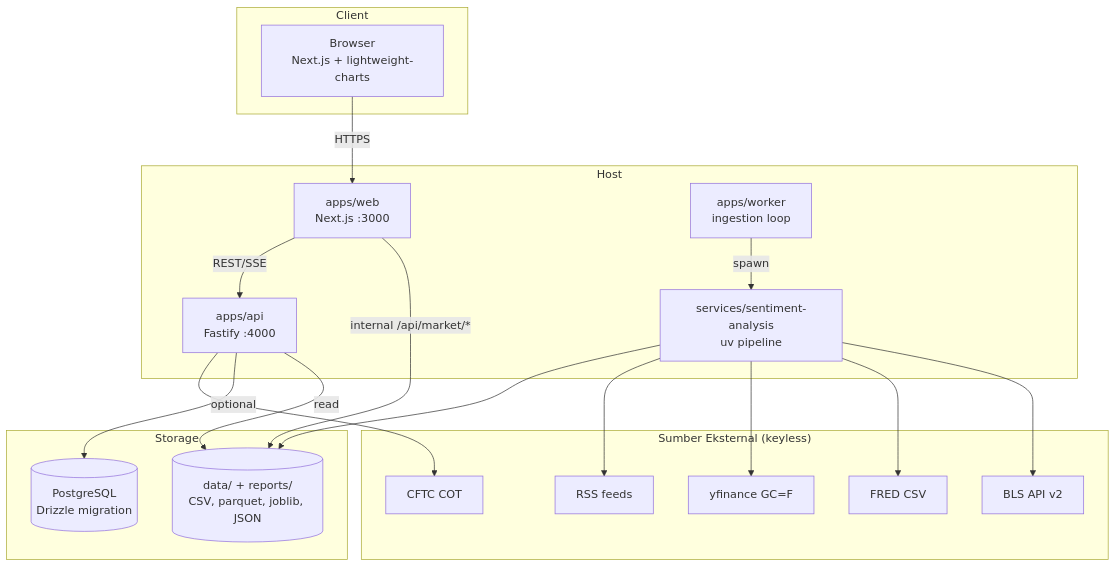
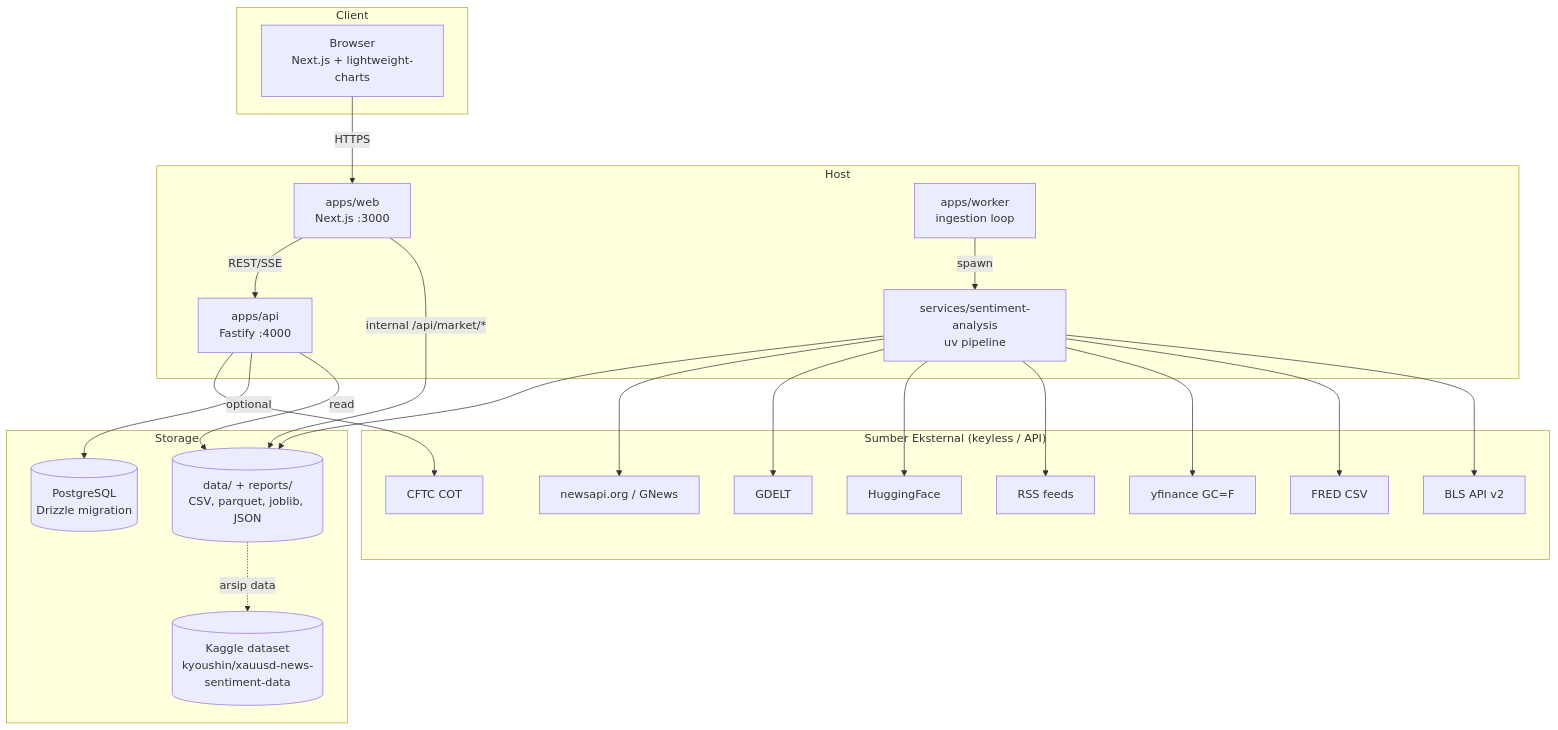
Before and after one commit to fiyanz/xauusd-news-sentiment: the third of 4 diagrams in docs/ARCHITECTURE.md, drawn with Mermaid. The commit also changed other lines of this file and 1 other file, not shown here.

````diff
--- a/docs/ARCHITECTURE.md
+++ b/docs/ARCHITECTURE.md
@@ -93,39 +132,47 @@
 ```mermaid
 graph TB
     subgraph Client
         Browser["Browser<br/>Next.js + lightweight-charts"]
     end
 
     subgraph Host
         Web["apps/web<br/>Next.js :3000"]
         API["apps/api<br/>Fastify :4000"]
         Worker["apps/worker<br/>ingestion loop"]
         Python["services/sentiment-analysis<br/>uv pipeline"]
     end
 
     subgraph Storage
         Postgres[("PostgreSQL<br/>Drizzle migration")]
         Files[("data/ + reports/<br/>CSV, parquet, joblib, JSON")]
+        Kaggle[("Kaggle dataset<br/>kyoushin/xauusd-news-sentiment-data")]
     end
 
-    subgraph External["Sumber Eksternal (keyless)"]
+    subgraph External["Sumber Eksternal (keyless / API)"]
         BLS["BLS API v2"]
         FRED["FRED CSV"]
         YF["yfinance GC=F"]
         RSS["RSS feeds"]
         CFTC["CFTC COT"]
+        HF["HuggingFace"]
+        GD["GDELT"]
+        NEWS["newsapi.org / GNews"]
     end
 
     Browser -->|HTTPS| Web
     Web -->|internal /api/market/*| Files
     Web -->|REST/SSE| API
     API -->|read| Files
     API -->|optional| Postgres
     Worker -->|spawn| Python
     Python --> BLS
     Python --> FRED
     Python --> YF
     Python --> RSS
+    Python --> HF
+    Python --> GD
+    Python --> NEWS
     API --> CFTC
     Python --> Files
+    Files -.->|arsip data| Kaggle
 ```
````
